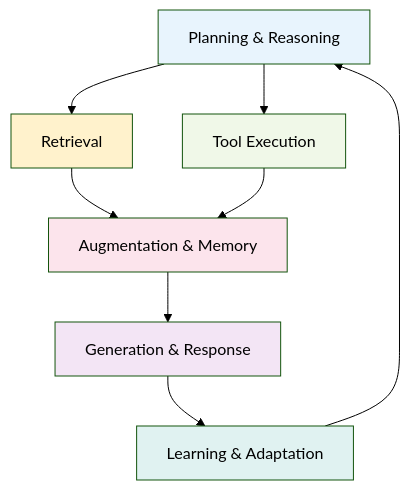
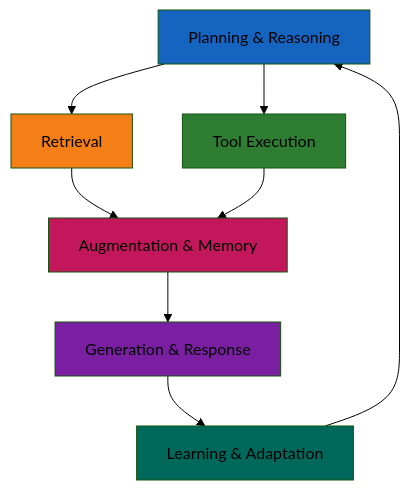
Before and after one commit to rlynjb/adventurecue: the first of 2 diagrams in docs/rag-architecture.md, drawn with Mermaid (forest theme).

````diff
--- a/docs/rag-architecture.md
+++ b/docs/rag-architecture.md
@@ -11,17 +11,17 @@
 ```mermaid
 graph TB
     A[Planning & Reasoning] --> B[Retrieval]
     A --> C[Tool Execution]
     B --> D[Augmentation & Memory]
     C --> D
     D --> E[Generation & Response]
     E --> F[Learning & Adaptation]
     F --> A
 
-    style A fill:#e8f4fd
-    style B fill:#fff2cc
-    style C fill:#f0f8e8
-    style D fill:#fce4ec
-    style E fill:#f3e5f5
-    style F fill:#e0f2f1
+    style A fill:#1565c0
+    style B fill:#f57f17
+    style C fill:#2e7d32
+    style D fill:#c2185b
+    style E fill:#7b1fa2
+    style F fill:#00695c
 ```
````
